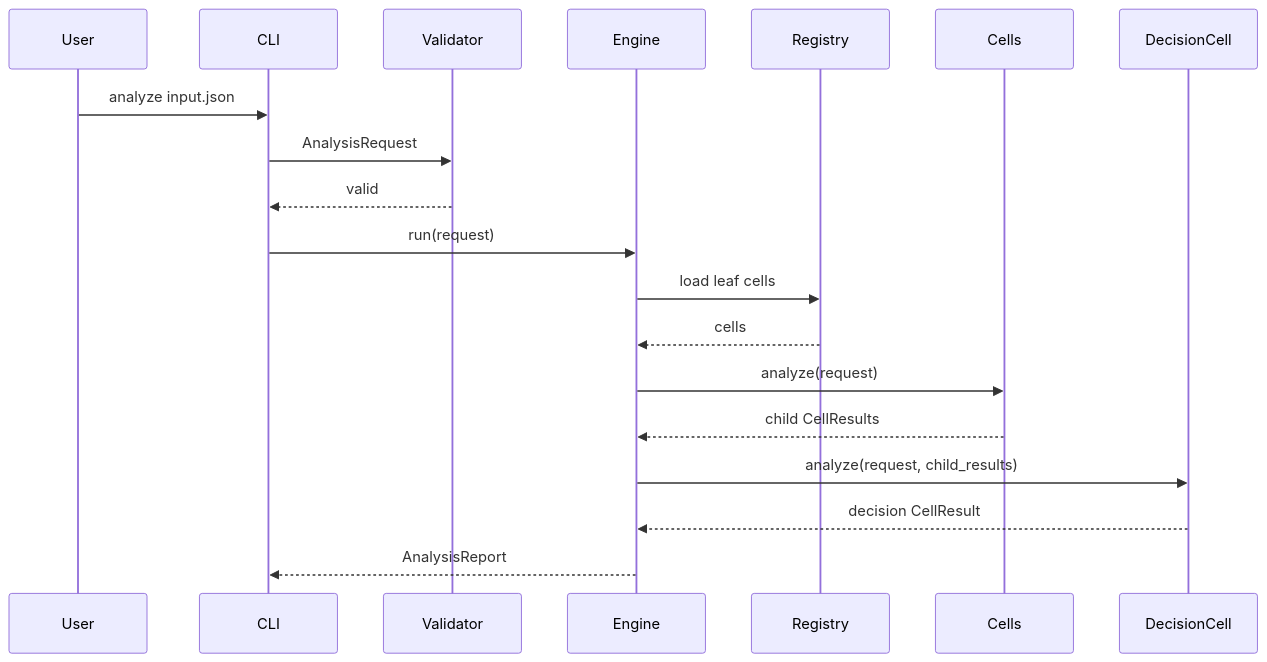
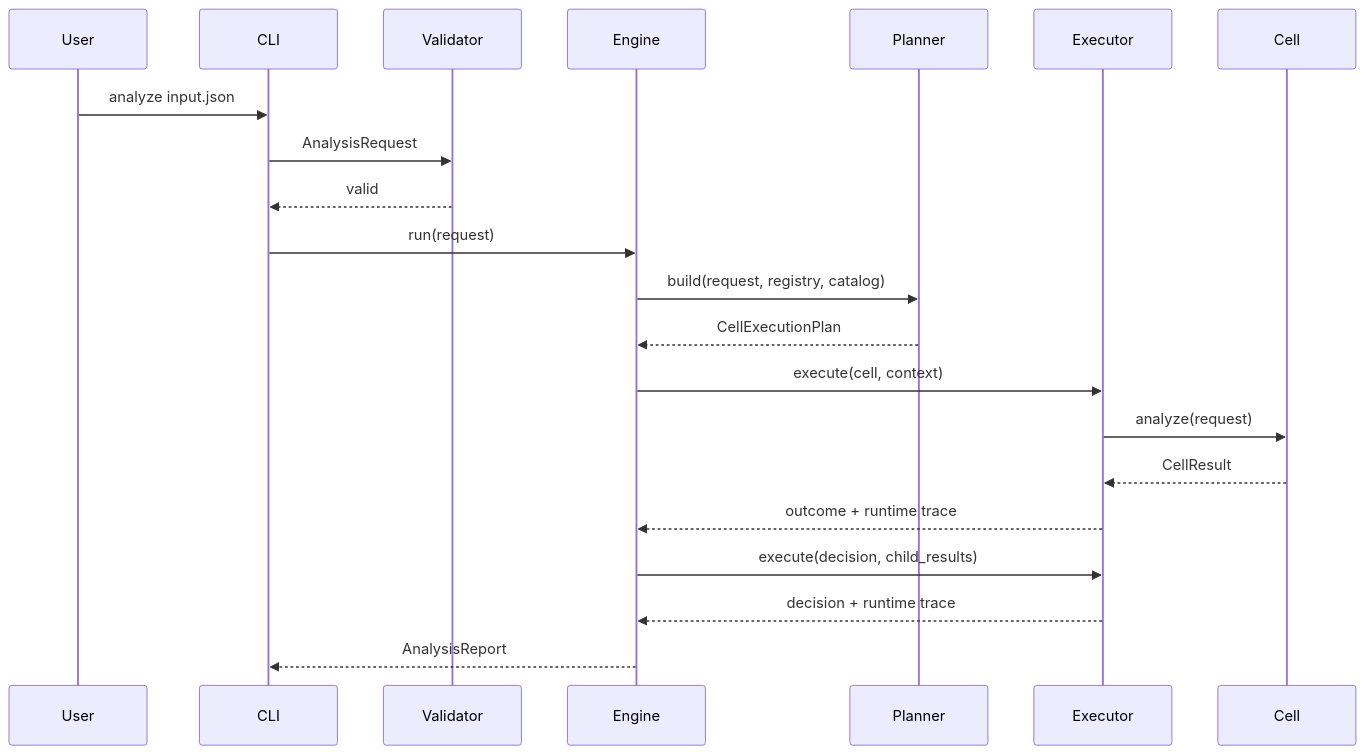
The second of 2 diagrams in docs/backend_design.md (ModWU/market-cell), drawn with Mermaid before and after one commit. The commit also changed other lines of this file and 14 other files, not shown here.

Commit message:
Refactor architecture documentation baseline

````diff
--- a/docs/backend_design.md
+++ b/docs/backend_design.md
@@ -61,22 +71,23 @@
 ```mermaid
 sequenceDiagram
     participant U as User
     participant CLI as CLI
     participant V as Validator
     participant E as Engine
-    participant R as Registry
-    participant C as Cells
-    participant D as DecisionCell
-
+    participant P as Planner
+    participant X as Executor
+    participant C as Cell
     U->>CLI: analyze input.json
     CLI->>V: AnalysisRequest
     V-->>CLI: valid
     CLI->>E: run(request)
-    E->>R: load leaf cells
-    R-->>E: cells
-    E->>C: analyze(request)
-    C-->>E: child CellResults
-    E->>D: analyze(request, child_results)
-    D-->>E: decision CellResult
+    E->>P: build(request, registry, catalog)
+    P-->>E: CellExecutionPlan
+    E->>X: execute(cell, context)
+    X->>C: analyze(request)
+    C-->>X: CellResult
+    X-->>E: outcome + runtime trace
+    E->>X: execute(decision, child_results)
+    X-->>E: decision + runtime trace
     E-->>CLI: AnalysisReport
 ```
````
